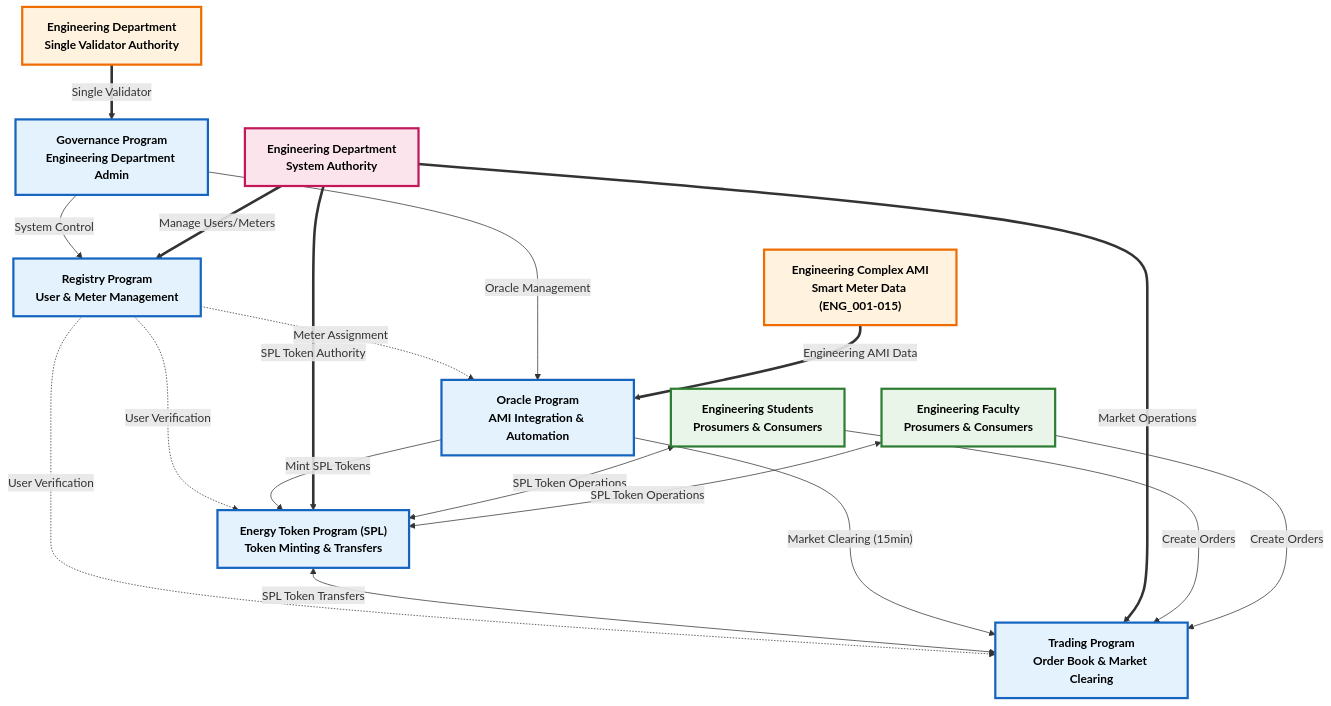
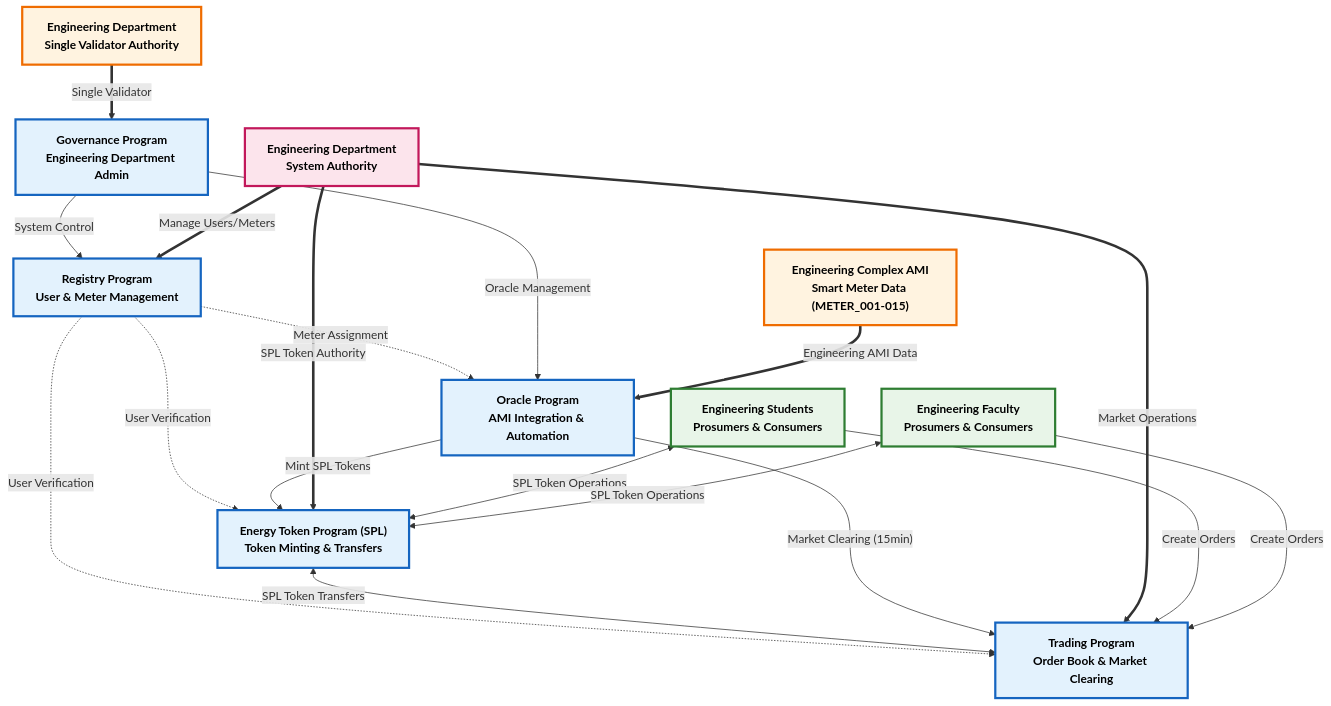
The first of 5 diagrams in .specify/docs/architecture/contracts-diagram.md (NakaSato/p2p), drawn with Mermaid before and after one commit. The commit also changed 31 other files, not shown here.

Commit message:
Refactor meter IDs from ENG_001 to METER_001 across documentation, scripts, and test data; remove obsolete SQL queries related to blockchain transactions and energy readings; enable database migrations in main.rs; update project proposal objectives and technology stack.

````diff
--- a/.specify/docs/architecture/contracts-diagram.md
+++ b/.specify/docs/architecture/contracts-diagram.md
@@ -4,55 +4,55 @@
 ```mermaid
 graph TB
     %% External Systems
-    AMI["Engineering Complex AMI<br/>Smart Meter Data (ENG_001-015)"]
+    AMI["Engineering Complex AMI<br/>Smart Meter Data (METER_001-015)"]
     EngineeringAuth["Engineering Department<br/>Single Validator Authority"]
     
     %% Anchor Programs
     Registry["Registry Program<br/>User & Meter Management"]
     EnergyToken["Energy Token Program (SPL)<br/>Token Minting & Transfers"]
     Oracle["Oracle Program<br/>AMI Integration & Automation"]
     Trading["Trading Program<br/>Order Book & Market Clearing"]
     Governance["Governance Program<br/>Engineering Department Admin"]
     
     %% User Types
     EngDept["Engineering Department<br/>System Authority"]
     Students["Engineering Students<br/>Prosumers & Consumers"]
     Faculty["Engineering Faculty<br/>Prosumers & Consumers"]
     
     %% Program Interactions - Core Flow
     Registry -.->|User Verification| EnergyToken
     Registry -.->|User Verification| Trading
     Registry -.->|Meter Assignment| Oracle
     
     EnergyToken <-->|SPL Token Transfers| Trading
     Oracle -->|Mint SPL Tokens| EnergyToken
     Oracle -->|"Market Clearing (15min)"| Trading
     Governance -->|System Control| Registry
     Governance -->|Oracle Management| Oracle
     
     %% External Interactions
     AMI ==>|Engineering AMI Data| Oracle
     EngineeringAuth ==>|Single Validator| Governance
     
     %% User Interactions - Management
     EngDept ==>|Manage Users/Meters| Registry
     EngDept ==>|SPL Token Authority| EnergyToken
     EngDept ==>|Market Operations| Trading
     
     %% User Interactions - Trading
     Students -->|Create Orders| Trading
     Students <-->|SPL Token Operations| EnergyToken
     Faculty -->|Create Orders| Trading
     Faculty <-->|SPL Token Operations| EnergyToken
     
     %% Styling - Enhanced with Solana colors
     classDef program fill:#e3f2fd,stroke:#1565c0,stroke-width:3px,color:#000,font-weight:bold
     classDef external fill:#fff3e0,stroke:#ef6c00,stroke-width:3px,color:#000,font-weight:bold
     classDef user fill:#e8f5e8,stroke:#2e7d32,stroke-width:3px,color:#000,font-weight:bold
     classDef authority fill:#fce4ec,stroke:#c2185b,stroke-width:3px,color:#000,font-weight:bold
     
     class Registry,EnergyToken,Oracle,Trading,Governance program
     class AMI,EngineeringAuth external
     class Students,Faculty user
     class EngDept authority
 ```
````
